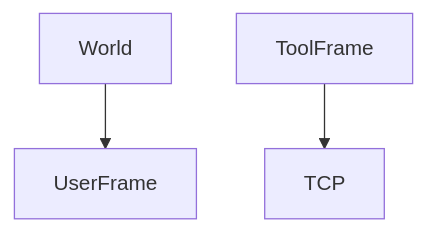
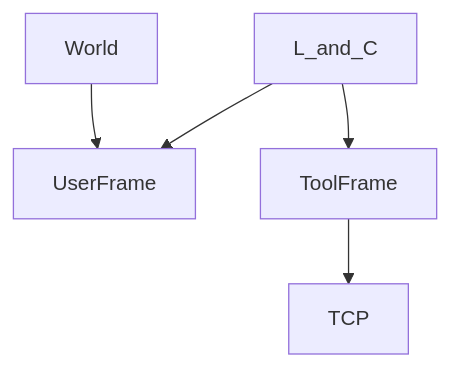
One commit to girijashankarj/garry-tj-robo-journey changed the diagram in docs/fanuc/io-frames-tools/frames.md. Above: the diagram before and after it, drawn with Mermaid. The commit also changed other lines of this file and 127 other files, not shown here.

````diff
--- a/docs/fanuc/io-frames-tools/frames.md
+++ b/docs/fanuc/io-frames-tools/frames.md
@@ -23,9 +47,11 @@
 ```mermaid
 flowchart TB
   world[World]
   uf[UserFrame]
   tf[ToolFrame]
   tcp[TCP]
   world --> uf
   tf --> tcp
+  motion[L_and_C] --> uf
+  motion --> tf
 ```
````
